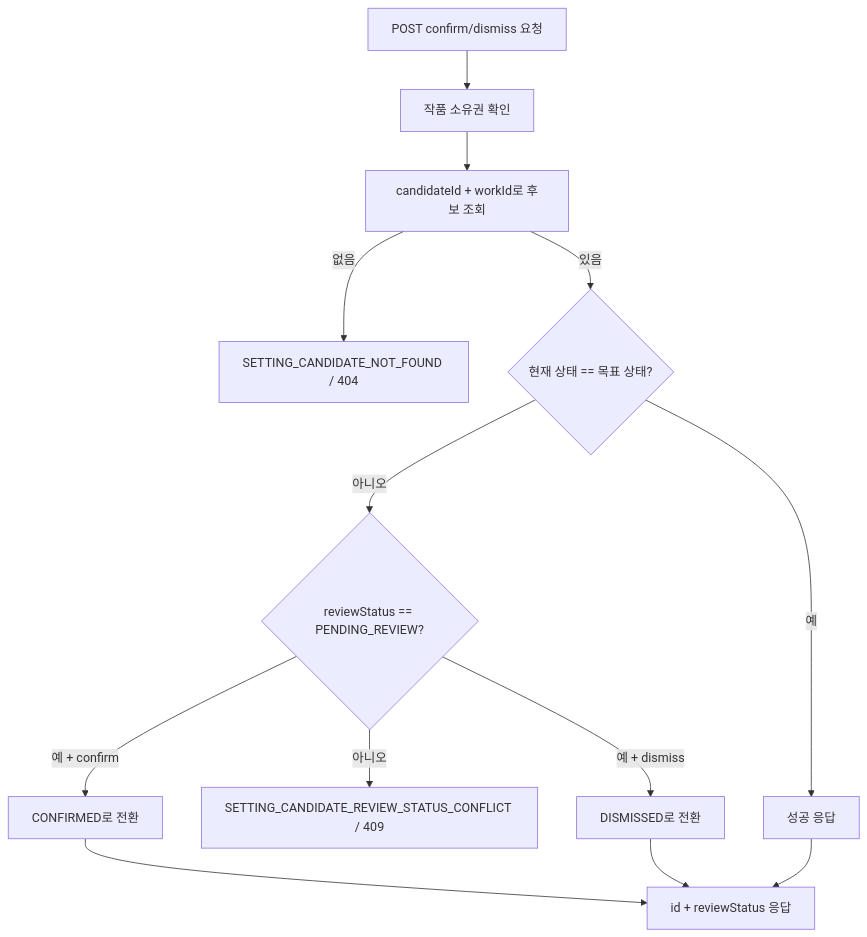
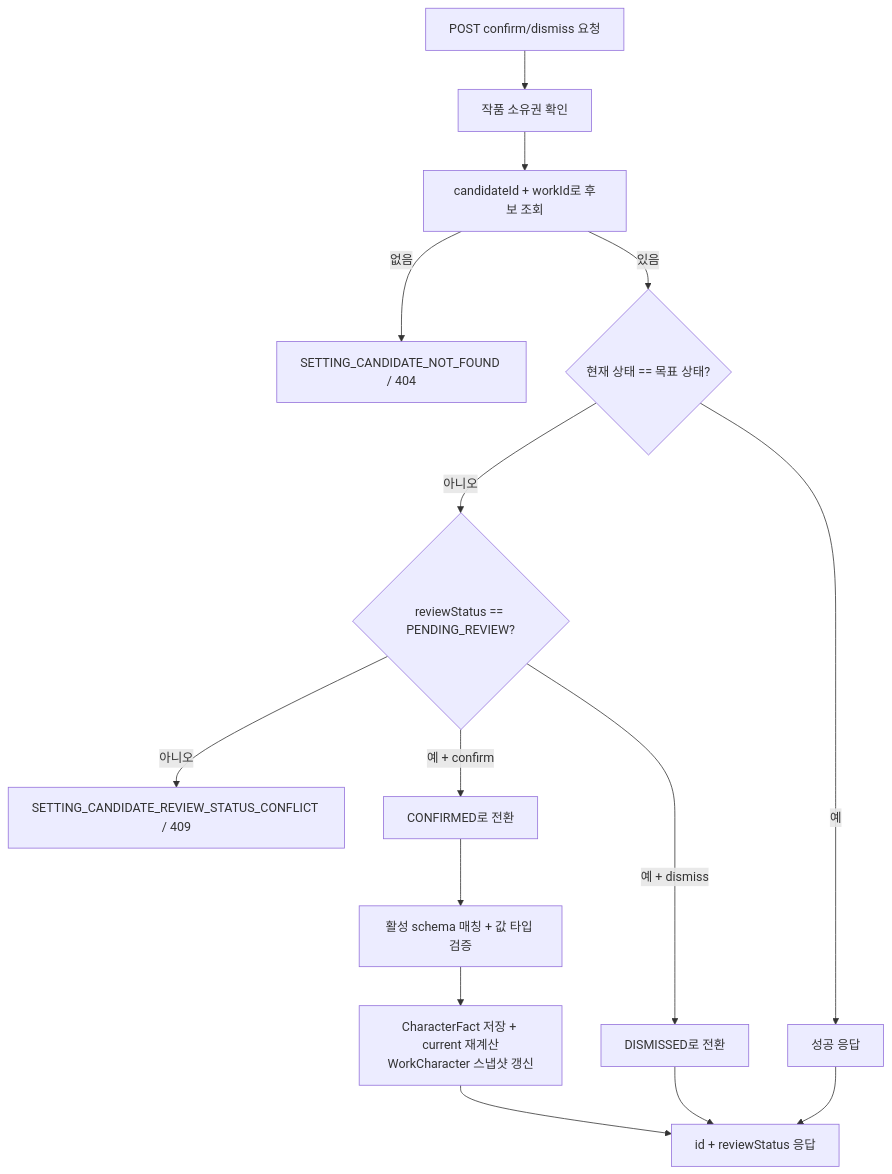
The seventh of 7 diagrams in docs/character.md (catchhole-soma/catchhole-backend-java), drawn with Mermaid before and after one commit. The commit also changed other lines of this file and 5 other files, not shown here.

````diff
--- a/docs/character.md
+++ b/docs/character.md
@@ -567,19 +587,21 @@
 ```mermaid
 flowchart TD
     A["POST confirm/dismiss 요청"] --> B["작품 소유권 확인"]
     B --> C["candidateId + workId로 후보 조회"]
 
     C -->|없음| D["SETTING_CANDIDATE_NOT_FOUND / 404"]
     C -->|있음| E{"현재 상태 == 목표 상태?"}
 
     E -->|예| F["성공 응답"]
     E -->|아니오| G{"reviewStatus == PENDING_REVIEW?"}
 
     G -->|아니오| H["SETTING_CANDIDATE_REVIEW_STATUS_CONFLICT / 409"]
     G -->|예 + confirm| I["CONFIRMED로 전환"]
     G -->|예 + dismiss| J["DISMISSED로 전환"]
 
-    I --> K["id + reviewStatus 응답"]
+    I --> L["활성 schema 매칭 + 값 타입 검증"]
+    L --> M["CharacterFact 저장 + current 재계산<br/>WorkCharacter 스냅샷 갱신"]
+    M --> K["id + reviewStatus 응답"]
     J --> K
     F --> K
 ```
````
